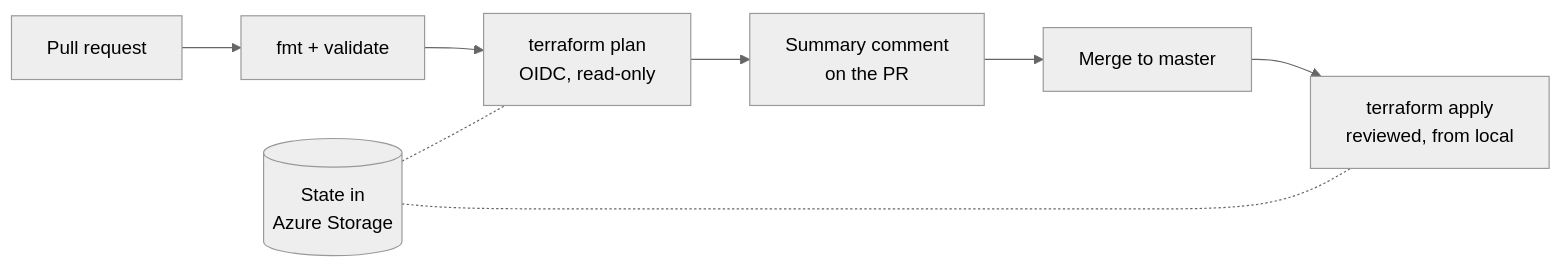
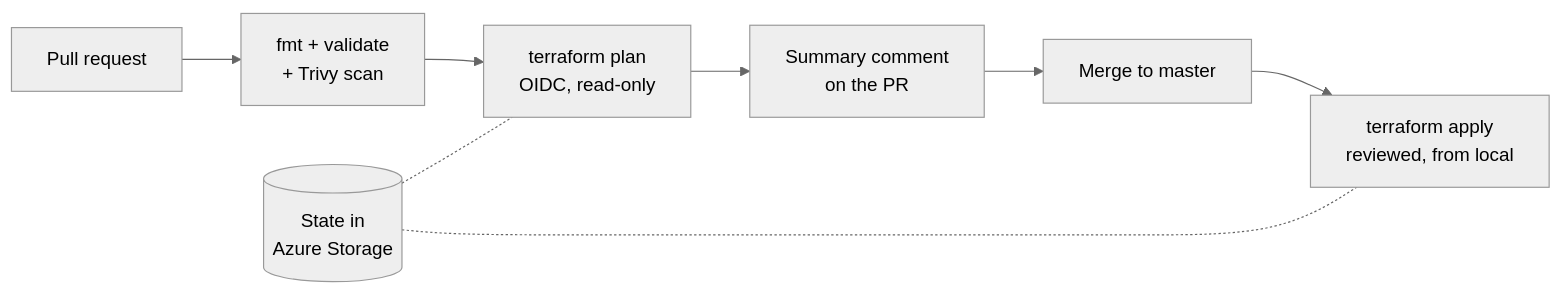
Before and after one commit to antonicr1986/FinanceTracker: the diagram in README.md, drawn with Mermaid (neutral theme). The commit also changed other lines of this file and 1 other file, not shown here.

````diff
--- a/README.md
+++ b/README.md
@@ -432,10 +441,10 @@
 ```mermaid
 flowchart LR
-    PR[Pull request] --> CHECK[fmt + validate]
+    PR[Pull request] --> CHECK[fmt + validate<br/>+ Trivy scan]
     CHECK --> PLAN[terraform plan<br/>OIDC, read-only]
     PLAN --> COMMENT[Summary comment<br/>on the PR]
     COMMENT --> MERGE[Merge to master]
     MERGE --> APPLY[terraform apply<br/>reviewed, from local]
     STATE[(State in<br/>Azure Storage)] -.- PLAN
     STATE -.- APPLY
 ```
````
